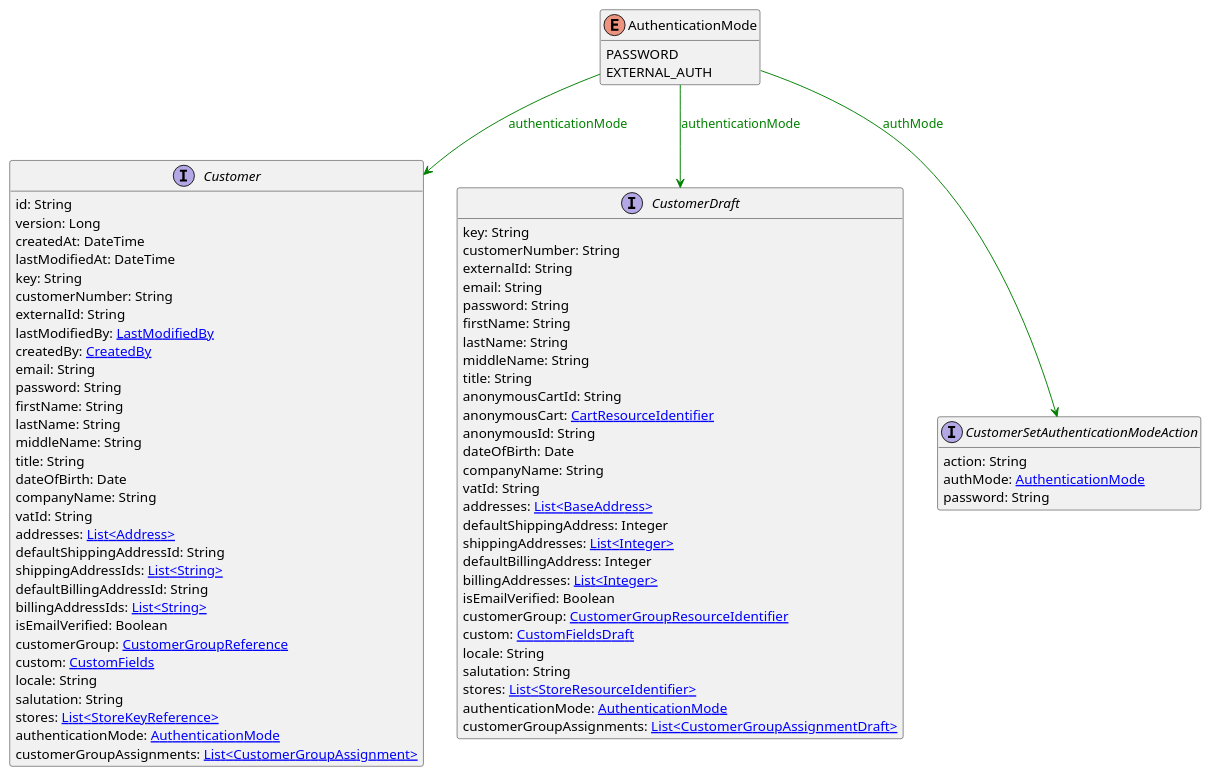
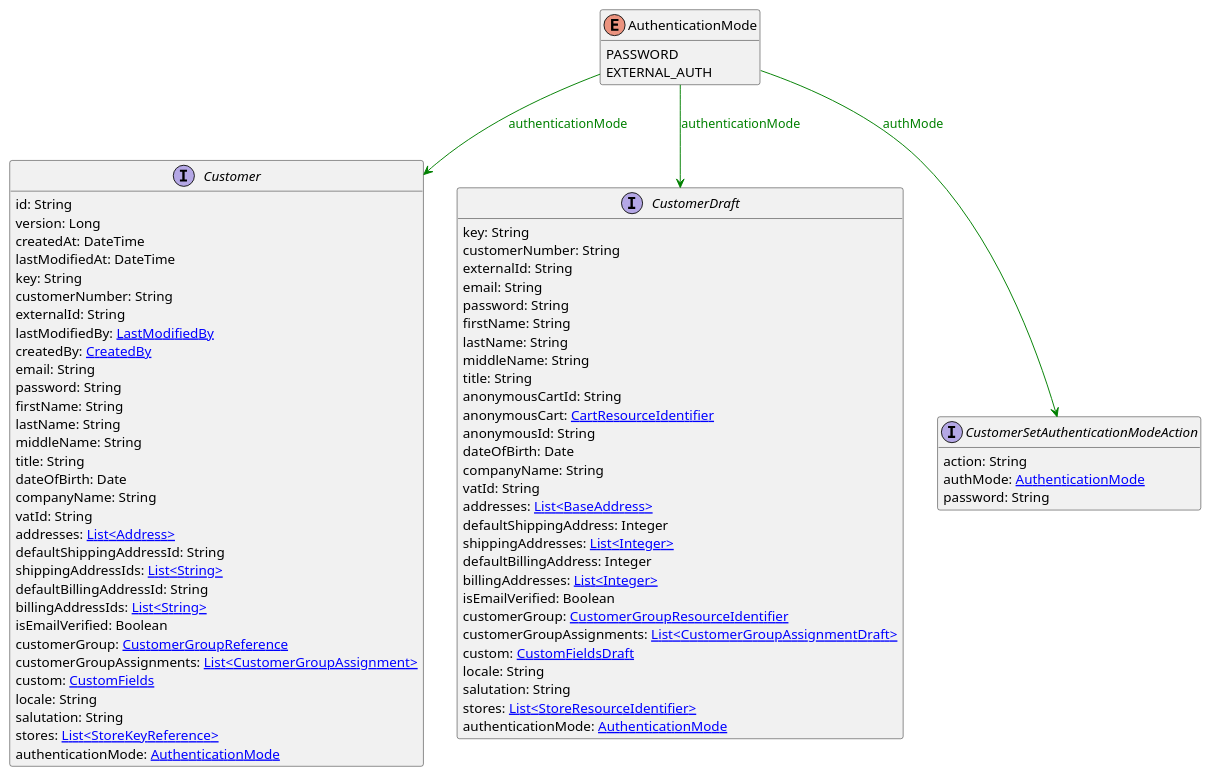
One commit to commercetools/commercetools-api-reference changed the diagram in uml/api/AuthenticationMode.puml. Above: the diagram before and after it, drawn with PlantUML. The commit also changed other lines of this file and 34 other files, not shown here.

```diff
--- a/uml/api/AuthenticationMode.puml
+++ b/uml/api/AuthenticationMode.puml
@@ -1,79 +1,79 @@
 @startuml
 
 hide methods
 enum AuthenticationMode {
     PASSWORD
     EXTERNAL_AUTH
 }
 interface Customer [[Customer.svg]]  {
     id: String
     version: Long
     createdAt: DateTime
     lastModifiedAt: DateTime
     key: String
     customerNumber: String
     externalId: String
     lastModifiedBy: [[LastModifiedBy.svg LastModifiedBy]]
     createdBy: [[CreatedBy.svg CreatedBy]]
     email: String
     password: String
     firstName: String
     lastName: String
     middleName: String
     title: String
     dateOfBirth: Date
     companyName: String
     vatId: String
     addresses: [[Address.svg List<Address>]]
     defaultShippingAddressId: String
     shippingAddressIds: [[String.svg List<String>]]
     defaultBillingAddressId: String
     billingAddressIds: [[String.svg List<String>]]
     isEmailVerified: Boolean
     customerGroup: [[CustomerGroupReference.svg CustomerGroupReference]]
+    customerGroupAssignments: [[CustomerGroupAssignment.svg List<CustomerGroupAssignment>]]
     custom: [[CustomFields.svg CustomFields]]
     locale: String
     salutation: String
     stores: [[StoreKeyReference.svg List<StoreKeyReference>]]
     authenticationMode: [[AuthenticationMode.svg AuthenticationMode]]
-    customerGroupAssignments: [[CustomerGroupAssignment.svg List<CustomerGroupAssignment>]]
 }
 interface CustomerDraft [[CustomerDraft.svg]]  {
     key: String
     customerNumber: String
     externalId: String
     email: String
     password: String
     firstName: String
     lastName: String
     middleName: String
     title: String
     anonymousCartId: String
     anonymousCart: [[CartResourceIdentifier.svg CartResourceIdentifier]]
     anonymousId: String
     dateOfBirth: Date
     companyName: String
     vatId: String
     addresses: [[BaseAddress.svg List<BaseAddress>]]
     defaultShippingAddress: Integer
     shippingAddresses: [[Integer.svg List<Integer>]]
     defaultBillingAddress: Integer
     billingAddresses: [[Integer.svg List<Integer>]]
     isEmailVerified: Boolean
     customerGroup: [[CustomerGroupResourceIdentifier.svg CustomerGroupResourceIdentifier]]
+    customerGroupAssignments: [[CustomerGroupAssignmentDraft.svg List<CustomerGroupAssignmentDraft>]]
     custom: [[CustomFieldsDraft.svg CustomFieldsDraft]]
     locale: String
     salutation: String
     stores: [[StoreResourceIdentifier.svg List<StoreResourceIdentifier>]]
     authenticationMode: [[AuthenticationMode.svg AuthenticationMode]]
-    customerGroupAssignments: [[CustomerGroupAssignmentDraft.svg List<CustomerGroupAssignmentDraft>]]
 }
 interface CustomerSetAuthenticationModeAction [[CustomerSetAuthenticationModeAction.svg]]  {
     action: String
     authMode: [[AuthenticationMode.svg AuthenticationMode]]
     password: String
 }
 AuthenticationMode --> Customer #green;text:green : "authenticationMode"
 AuthenticationMode --> CustomerDraft #green;text:green : "authenticationMode"
 AuthenticationMode --> CustomerSetAuthenticationModeAction #green;text:green : "authMode"
 @enduml
```
